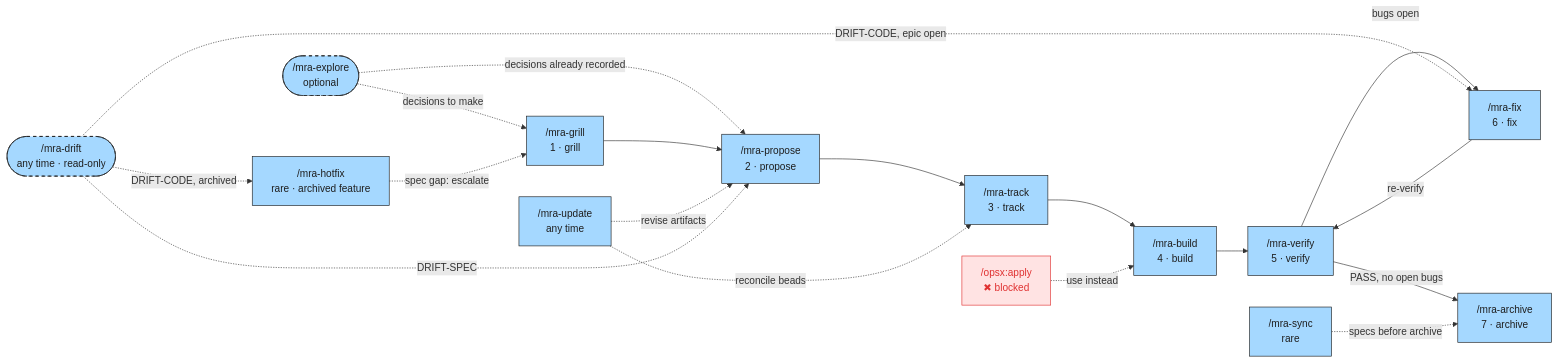
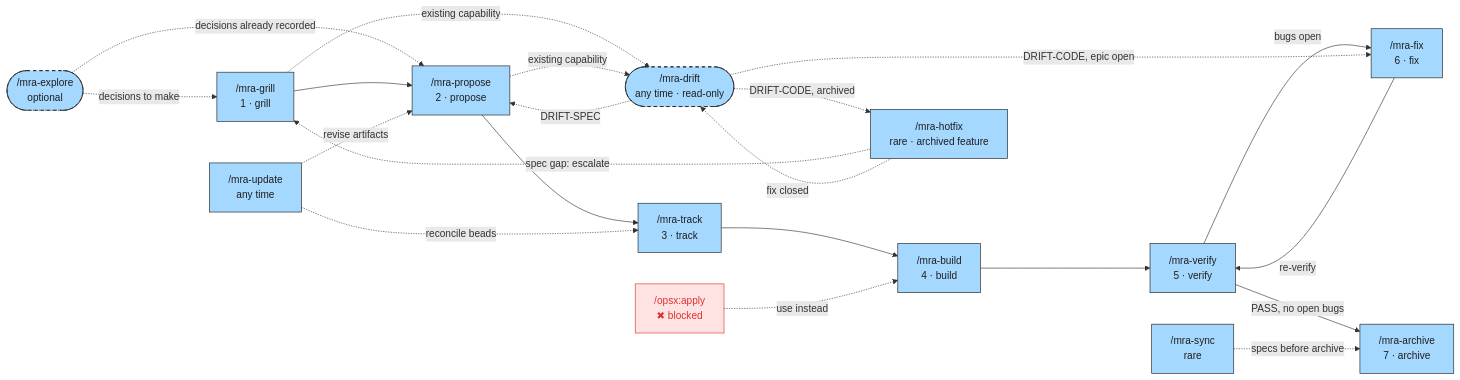
Before and after one commit to Ancora-Ancora/mra-flow: the first of 5 diagrams in payload/orchestrator/.mra-flow/docs/mra-flow.md, drawn with Mermaid. The commit also changed 5 other files, not shown here.

First line of the commit message:
Wire mra-drift into the flow: proposed at grill/propose and after hotfix

````diff
--- a/payload/orchestrator/.mra-flow/docs/mra-flow.md
+++ b/payload/orchestrator/.mra-flow/docs/mra-flow.md
@@ -9,35 +9,38 @@
 ```mermaid
 flowchart LR
     classDef phase fill:#a5d8ff,stroke:#1e1e1e,color:#1e1e1e
     classDef optional fill:#a5d8ff,stroke:#1e1e1e,stroke-dasharray:5 5,color:#1e1e1e
     classDef blocked fill:#ffe3e3,stroke:#e03131,color:#e03131
 
     explore(["/mra-explore<br/>optional"]):::optional
     grill["/mra-grill<br/>1 · grill"]:::phase
     propose["/mra-propose<br/>2 · propose"]:::phase
     track["/mra-track<br/>3 · track"]:::phase
     build["/mra-build<br/>4 · build"]:::phase
     verify["/mra-verify<br/>5 · verify"]:::phase
     fix["/mra-fix<br/>6 · fix"]:::phase
     archive["/mra-archive<br/>7 · archive"]:::phase
     update["/mra-update<br/>any time"]:::phase
     sync["/mra-sync<br/>rare"]:::phase
     hotfix["/mra-hotfix<br/>rare · archived feature"]:::phase
     drift(["/mra-drift<br/>any time · read-only"]):::optional
     apply["/opsx:apply<br/>✖ blocked"]:::blocked
 
     explore -. decisions to make .-> grill
     explore -. decisions already recorded .-> propose
     grill --> propose --> track --> build --> verify
     verify -- bugs open --> fix
     fix -- re-verify --> verify
     verify -- "PASS, no open bugs" --> archive
     update -. revise artifacts .-> propose
     update -. reconcile beads .-> track
     sync -. specs before archive .-> archive
     hotfix -. spec gap: escalate .-> grill
+    hotfix -. fix closed .-> drift
+    grill -. existing capability .-> drift
+    propose -. existing capability .-> drift
     drift -. DRIFT-SPEC .-> propose
     drift -. DRIFT-CODE, epic open .-> fix
     drift -. DRIFT-CODE, archived .-> hotfix
     apply -. use instead .-> build
 ```
````
